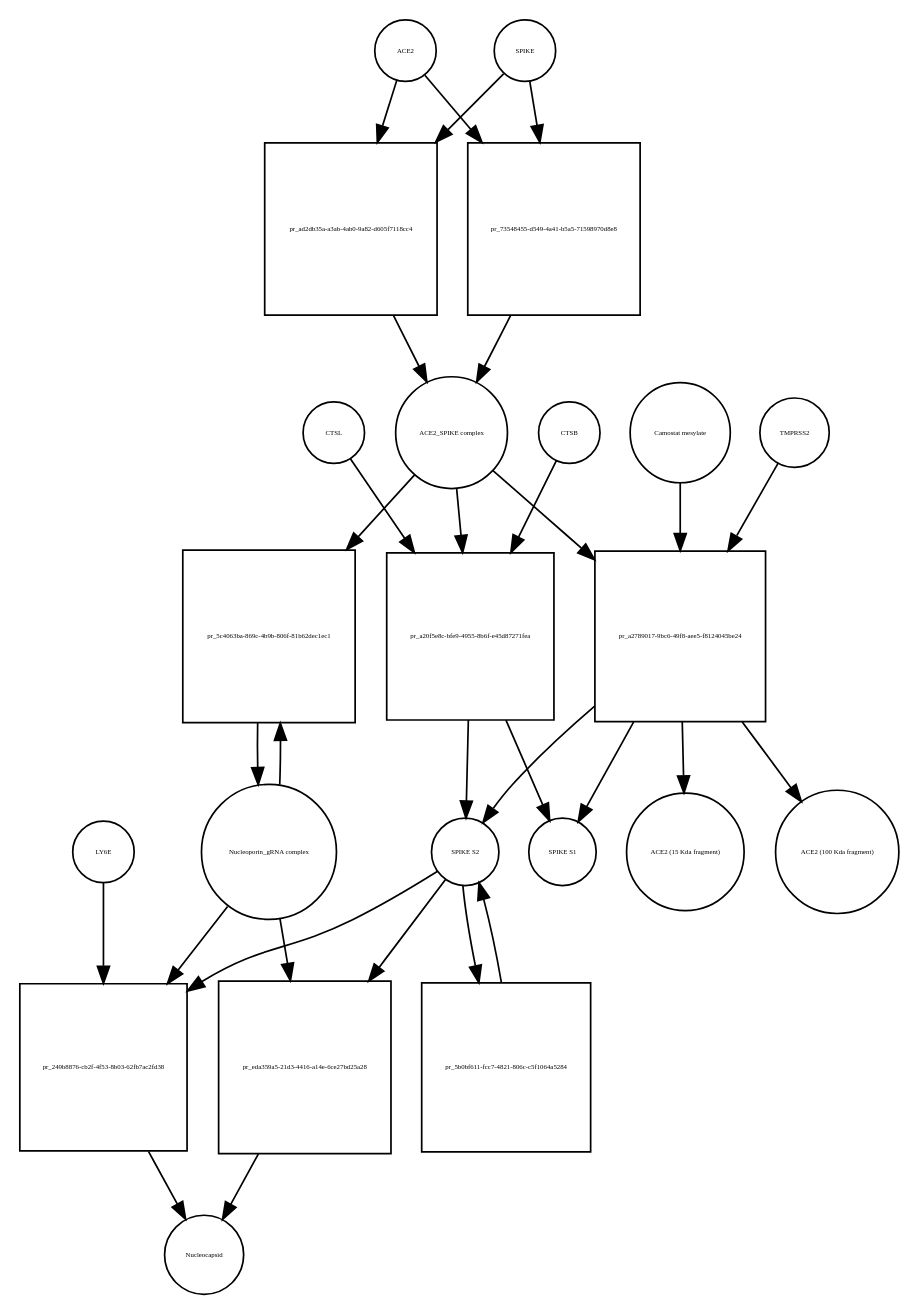
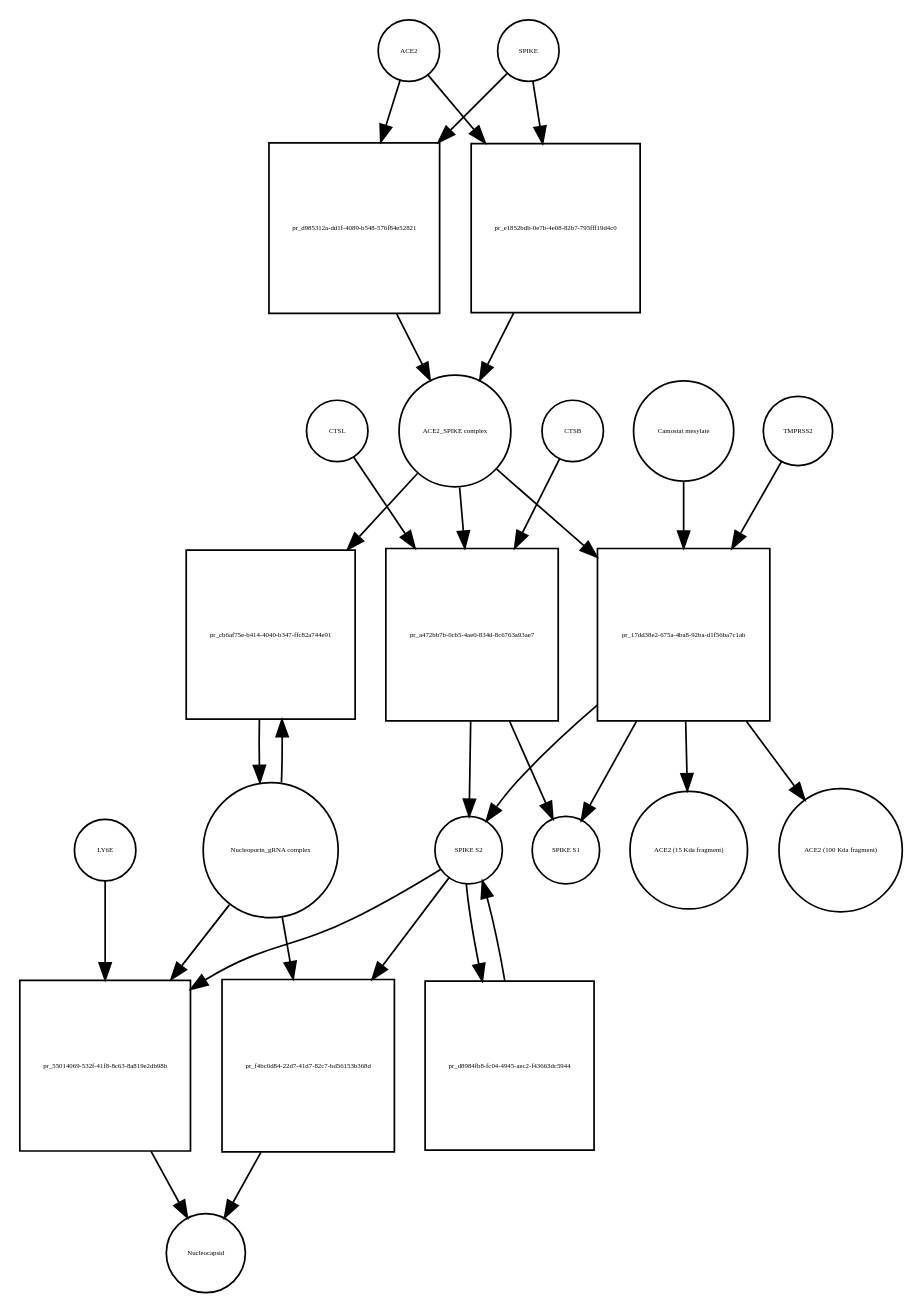
One commit to cannin/covid19-sbgn changed the diagram in Virus_replication_cycle_V02.xml_bipartite.dot. Above: the diagram before and after it, drawn with Graphviz. The commit also changed 554 other files, not shown here.

```diff
--- a/Virus_replication_cycle_V02.xml_bipartite.dot
+++ b/Virus_replication_cycle_V02.xml_bipartite.dot
@@ -1,54 +1,54 @@
 strict digraph  {
 ACE2 [annotation="", bipartite=0, cls=macromolecule, fontsize=4, label=ACE2, shape=circle];
-"pr_ad2db35a-a3ab-4ab0-9a82-d605f7118cc4" [annotation="", bipartite=1, cls=process, fontsize=4, label="pr_ad2db35a-a3ab-4ab0-9a82-d605f7118cc4", shape=square];
+"pr_d985312a-dd1f-4089-b548-576f84e52821" [annotation="", bipartite=1, cls=process, fontsize=4, label="pr_d985312a-dd1f-4089-b548-576f84e52821", shape=square];
 "ACE2_SPIKE complex" [annotation="", bipartite=0, cls=complex, fontsize=4, label="ACE2_SPIKE complex", shape=circle];
 SPIKE [annotation="", bipartite=0, cls="macromolecule multimer", fontsize=4, label=SPIKE, shape=circle];
 "Nucleoporin_gRNA complex " [annotation="", bipartite=0, cls=complex, fontsize=4, label="Nucleoporin_gRNA complex ", shape=circle];
-"pr_5c4063ba-869c-4b9b-806f-81b62dec1ec1" [annotation="", bipartite=1, cls=process, fontsize=4, label="pr_5c4063ba-869c-4b9b-806f-81b62dec1ec1", shape=square];
-"pr_a20f5e8c-bfe9-4955-8b6f-e45d87271fea" [annotation="", bipartite=1, cls=process, fontsize=4, label="pr_a20f5e8c-bfe9-4955-8b6f-e45d87271fea", shape=square];
+"pr_cb6af75e-b414-4040-b347-ffc82a744e91" [annotation="", bipartite=1, cls=process, fontsize=4, label="pr_cb6af75e-b414-4040-b347-ffc82a744e91", shape=square];
+"pr_a472bb7b-0cb5-4ae0-834d-8c6763a93ae7" [annotation="", bipartite=1, cls=process, fontsize=4, label="pr_a472bb7b-0cb5-4ae0-834d-8c6763a93ae7", shape=square];
 "SPIKE S2" [annotation="", bipartite=0, cls=macromolecule, fontsize=4, label="SPIKE S2", shape=circle];
 CTSB [annotation="", bipartite=0, cls=macromolecule, fontsize=4, label=CTSB, shape=circle];
 CTSL [annotation="", bipartite=0, cls=macromolecule, fontsize=4, label=CTSL, shape=circle];
 "SPIKE S1" [annotation="", bipartite=0, cls=macromolecule, fontsize=4, label="SPIKE S1", shape=circle];
-"pr_a2789017-9bc6-49f8-aee5-f8124045be24" [annotation="", bipartite=1, cls=process, fontsize=4, label="pr_a2789017-9bc6-49f8-aee5-f8124045be24", shape=square];
+"pr_17dd38e2-675a-4ba8-92ba-d1f56ba7c1ab" [annotation="", bipartite=1, cls=process, fontsize=4, label="pr_17dd38e2-675a-4ba8-92ba-d1f56ba7c1ab", shape=square];
 TMPRSS2 [annotation="", bipartite=0, cls=macromolecule, fontsize=4, label=TMPRSS2, shape=circle];
 "Camostat mesylate" [annotation="urn_miriam_pubchem.compound_2536", bipartite=0, cls="simple chemical", fontsize=4, label="Camostat mesylate", shape=circle];
 "ACE2 (15 Kda fragment)" [annotation="", bipartite=0, cls=macromolecule, fontsize=4, label="ACE2 (15 Kda fragment)", shape=circle];
 "ACE2 (100 Kda fragment)" [annotation="", bipartite=0, cls=macromolecule, fontsize=4, label="ACE2 (100 Kda fragment)", shape=circle];
-"pr_73548455-d549-4a41-b5a5-71598970d8e8" [annotation="", bipartite=1, cls=process, fontsize=4, label="pr_73548455-d549-4a41-b5a5-71598970d8e8", shape=square];
-"pr_249b8876-cb2f-4f53-8b03-62fb7ac2fd38" [annotation="", bipartite=1, cls=process, fontsize=4, label="pr_249b8876-cb2f-4f53-8b03-62fb7ac2fd38", shape=square];
+"pr_e1852bdb-0e7b-4e08-82b7-795fff19d4c0" [annotation="", bipartite=1, cls=process, fontsize=4, label="pr_e1852bdb-0e7b-4e08-82b7-795fff19d4c0", shape=square];
+"pr_55014069-532f-41f8-8c63-8a819e2db98b" [annotation="", bipartite=1, cls=process, fontsize=4, label="pr_55014069-532f-41f8-8c63-8a819e2db98b", shape=square];
 Nucleocapsid [annotation="", bipartite=0, cls=complex, fontsize=4, label=Nucleocapsid, shape=circle];
 LY6E [annotation="", bipartite=0, cls=macromolecule, fontsize=4, label=LY6E, shape=circle];
-"pr_5b0bf611-fcc7-4821-806c-c5f1064a5284" [annotation="", bipartite=1, cls=process, fontsize=4, label="pr_5b0bf611-fcc7-4821-806c-c5f1064a5284", shape=square];
-"pr_eda359a5-21d3-4416-a14e-6ce27bd25a28" [annotation="", bipartite=1, cls=process, fontsize=4, label="pr_eda359a5-21d3-4416-a14e-6ce27bd25a28", shape=square];
-ACE2 -> "pr_ad2db35a-a3ab-4ab0-9a82-d605f7118cc4"  [annotation="", interaction_type=consumption];
-ACE2 -> "pr_73548455-d549-4a41-b5a5-71598970d8e8"  [annotation="", interaction_type=consumption];
-"pr_ad2db35a-a3ab-4ab0-9a82-d605f7118cc4" -> "ACE2_SPIKE complex"  [annotation="", interaction_type=production];
-"ACE2_SPIKE complex" -> "pr_5c4063ba-869c-4b9b-806f-81b62dec1ec1"  [annotation="urn_miriam_pubmed_32142651|urn_miriam_pubmed_32094589", interaction_type=stimulation];
-"ACE2_SPIKE complex" -> "pr_a20f5e8c-bfe9-4955-8b6f-e45d87271fea"  [annotation="", interaction_type=consumption];
-"ACE2_SPIKE complex" -> "pr_a2789017-9bc6-49f8-aee5-f8124045be24"  [annotation="", interaction_type=consumption];
-SPIKE -> "pr_ad2db35a-a3ab-4ab0-9a82-d605f7118cc4"  [annotation="", interaction_type=consumption];
-SPIKE -> "pr_73548455-d549-4a41-b5a5-71598970d8e8"  [annotation="", interaction_type=consumption];
-"Nucleoporin_gRNA complex " -> "pr_5c4063ba-869c-4b9b-806f-81b62dec1ec1"  [annotation="", interaction_type=consumption];
-"Nucleoporin_gRNA complex " -> "pr_249b8876-cb2f-4f53-8b03-62fb7ac2fd38"  [annotation="", interaction_type=consumption];
-"Nucleoporin_gRNA complex " -> "pr_eda359a5-21d3-4416-a14e-6ce27bd25a28"  [annotation="", interaction_type=consumption];
-"pr_5c4063ba-869c-4b9b-806f-81b62dec1ec1" -> "Nucleoporin_gRNA complex "  [annotation="", interaction_type=production];
-"pr_a20f5e8c-bfe9-4955-8b6f-e45d87271fea" -> "SPIKE S2"  [annotation="", interaction_type=production];
-"pr_a20f5e8c-bfe9-4955-8b6f-e45d87271fea" -> "SPIKE S1"  [annotation="", interaction_type=production];
-"SPIKE S2" -> "pr_249b8876-cb2f-4f53-8b03-62fb7ac2fd38"  [annotation="urn_miriam_doi_10.1101%2F2020.03.05.979260|urn_miriam_doi_10.1101%2F2020.04.02.021469", interaction_type=stimulation];
-"SPIKE S2" -> "pr_5b0bf611-fcc7-4821-806c-c5f1064a5284"  [annotation="", interaction_type=consumption];
-"SPIKE S2" -> "pr_eda359a5-21d3-4416-a14e-6ce27bd25a28"  [annotation="", interaction_type=stimulation];
-CTSB -> "pr_a20f5e8c-bfe9-4955-8b6f-e45d87271fea"  [annotation=urn_miriam_pubmed_32142651, interaction_type=catalysis];
-CTSL -> "pr_a20f5e8c-bfe9-4955-8b6f-e45d87271fea"  [annotation=urn_miriam_pubmed_32142651, interaction_type=catalysis];
-"pr_a2789017-9bc6-49f8-aee5-f8124045be24" -> "SPIKE S2"  [annotation="", interaction_type=production];
-"pr_a2789017-9bc6-49f8-aee5-f8124045be24" -> "SPIKE S1"  [annotation="", interaction_type=production];
-"pr_a2789017-9bc6-49f8-aee5-f8124045be24" -> "ACE2 (15 Kda fragment)"  [annotation="", interaction_type=production];
-"pr_a2789017-9bc6-49f8-aee5-f8124045be24" -> "ACE2 (100 Kda fragment)"  [annotation="", interaction_type=production];
-TMPRSS2 -> "pr_a2789017-9bc6-49f8-aee5-f8124045be24"  [annotation="urn_miriam_pubmed_32142651|urn_miriam_pubmed_32094589|urn_miriam_pubmed_24227843", interaction_type=catalysis];
-"Camostat mesylate" -> "pr_a2789017-9bc6-49f8-aee5-f8124045be24"  [annotation="urn_miriam_pubmed_32142651|urn_miriam_pubmed_32094589|urn_miriam_pubmed_24227843", interaction_type=inhibition];
-"pr_73548455-d549-4a41-b5a5-71598970d8e8" -> "ACE2_SPIKE complex"  [annotation="", interaction_type=production];
-"pr_249b8876-cb2f-4f53-8b03-62fb7ac2fd38" -> Nucleocapsid  [annotation="", interaction_type=production];
-LY6E -> "pr_249b8876-cb2f-4f53-8b03-62fb7ac2fd38"  [annotation="urn_miriam_doi_10.1101%2F2020.03.05.979260|urn_miriam_doi_10.1101%2F2020.04.02.021469", interaction_type=inhibition];
-"pr_5b0bf611-fcc7-4821-806c-c5f1064a5284" -> "SPIKE S2"  [annotation="", interaction_type=production];
-"pr_eda359a5-21d3-4416-a14e-6ce27bd25a28" -> Nucleocapsid  [annotation="", interaction_type=production];
+"pr_d8984fb8-fc04-4945-aec2-f43663dc5944" [annotation="", bipartite=1, cls=process, fontsize=4, label="pr_d8984fb8-fc04-4945-aec2-f43663dc5944", shape=square];
+"pr_f4bc0d84-22d7-41d7-82c7-bd56153b368d" [annotation="", bipartite=1, cls=process, fontsize=4, label="pr_f4bc0d84-22d7-41d7-82c7-bd56153b368d", shape=square];
+ACE2 -> "pr_d985312a-dd1f-4089-b548-576f84e52821"  [annotation="", interaction_type=consumption];
+ACE2 -> "pr_e1852bdb-0e7b-4e08-82b7-795fff19d4c0"  [annotation="", interaction_type=consumption];
+"pr_d985312a-dd1f-4089-b548-576f84e52821" -> "ACE2_SPIKE complex"  [annotation="", interaction_type=production];
+"ACE2_SPIKE complex" -> "pr_cb6af75e-b414-4040-b347-ffc82a744e91"  [annotation="urn_miriam_pubmed_32142651|urn_miriam_pubmed_32094589", interaction_type=stimulation];
+"ACE2_SPIKE complex" -> "pr_a472bb7b-0cb5-4ae0-834d-8c6763a93ae7"  [annotation="", interaction_type=consumption];
+"ACE2_SPIKE complex" -> "pr_17dd38e2-675a-4ba8-92ba-d1f56ba7c1ab"  [annotation="", interaction_type=consumption];
+SPIKE -> "pr_d985312a-dd1f-4089-b548-576f84e52821"  [annotation="", interaction_type=consumption];
+SPIKE -> "pr_e1852bdb-0e7b-4e08-82b7-795fff19d4c0"  [annotation="", interaction_type=consumption];
+"Nucleoporin_gRNA complex " -> "pr_cb6af75e-b414-4040-b347-ffc82a744e91"  [annotation="", interaction_type=consumption];
+"Nucleoporin_gRNA complex " -> "pr_55014069-532f-41f8-8c63-8a819e2db98b"  [annotation="", interaction_type=consumption];
+"Nucleoporin_gRNA complex " -> "pr_f4bc0d84-22d7-41d7-82c7-bd56153b368d"  [annotation="", interaction_type=consumption];
+"pr_cb6af75e-b414-4040-b347-ffc82a744e91" -> "Nucleoporin_gRNA complex "  [annotation="", interaction_type=production];
+"pr_a472bb7b-0cb5-4ae0-834d-8c6763a93ae7" -> "SPIKE S2"  [annotation="", interaction_type=production];
+"pr_a472bb7b-0cb5-4ae0-834d-8c6763a93ae7" -> "SPIKE S1"  [annotation="", interaction_type=production];
+"SPIKE S2" -> "pr_55014069-532f-41f8-8c63-8a819e2db98b"  [annotation="urn_miriam_doi_10.1101%2F2020.03.05.979260|urn_miriam_doi_10.1101%2F2020.04.02.021469", interaction_type=stimulation];
+"SPIKE S2" -> "pr_d8984fb8-fc04-4945-aec2-f43663dc5944"  [annotation="", interaction_type=consumption];
+"SPIKE S2" -> "pr_f4bc0d84-22d7-41d7-82c7-bd56153b368d"  [annotation="", interaction_type=stimulation];
+CTSB -> "pr_a472bb7b-0cb5-4ae0-834d-8c6763a93ae7"  [annotation=urn_miriam_pubmed_32142651, interaction_type=catalysis];
+CTSL -> "pr_a472bb7b-0cb5-4ae0-834d-8c6763a93ae7"  [annotation=urn_miriam_pubmed_32142651, interaction_type=catalysis];
+"pr_17dd38e2-675a-4ba8-92ba-d1f56ba7c1ab" -> "SPIKE S2"  [annotation="", interaction_type=production];
+"pr_17dd38e2-675a-4ba8-92ba-d1f56ba7c1ab" -> "SPIKE S1"  [annotation="", interaction_type=production];
+"pr_17dd38e2-675a-4ba8-92ba-d1f56ba7c1ab" -> "ACE2 (15 Kda fragment)"  [annotation="", interaction_type=production];
+"pr_17dd38e2-675a-4ba8-92ba-d1f56ba7c1ab" -> "ACE2 (100 Kda fragment)"  [annotation="", interaction_type=production];
+TMPRSS2 -> "pr_17dd38e2-675a-4ba8-92ba-d1f56ba7c1ab"  [annotation="urn_miriam_pubmed_32142651|urn_miriam_pubmed_32094589|urn_miriam_pubmed_24227843", interaction_type=catalysis];
+"Camostat mesylate" -> "pr_17dd38e2-675a-4ba8-92ba-d1f56ba7c1ab"  [annotation="urn_miriam_pubmed_32142651|urn_miriam_pubmed_32094589|urn_miriam_pubmed_24227843", interaction_type=inhibition];
+"pr_e1852bdb-0e7b-4e08-82b7-795fff19d4c0" -> "ACE2_SPIKE complex"  [annotation="", interaction_type=production];
+"pr_55014069-532f-41f8-8c63-8a819e2db98b" -> Nucleocapsid  [annotation="", interaction_type=production];
+LY6E -> "pr_55014069-532f-41f8-8c63-8a819e2db98b"  [annotation="urn_miriam_doi_10.1101%2F2020.03.05.979260|urn_miriam_doi_10.1101%2F2020.04.02.021469", interaction_type=inhibition];
+"pr_d8984fb8-fc04-4945-aec2-f43663dc5944" -> "SPIKE S2"  [annotation="", interaction_type=production];
+"pr_f4bc0d84-22d7-41d7-82c7-bd56153b368d" -> Nucleocapsid  [annotation="", interaction_type=production];
 }
```
